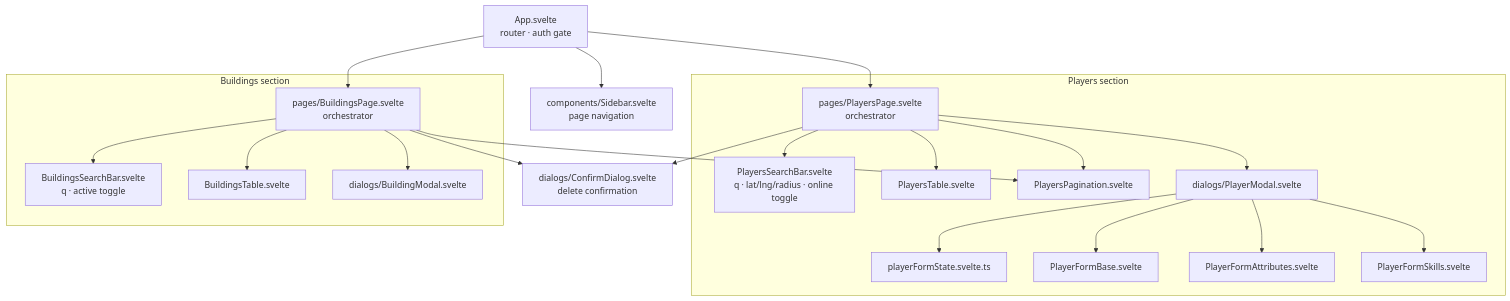
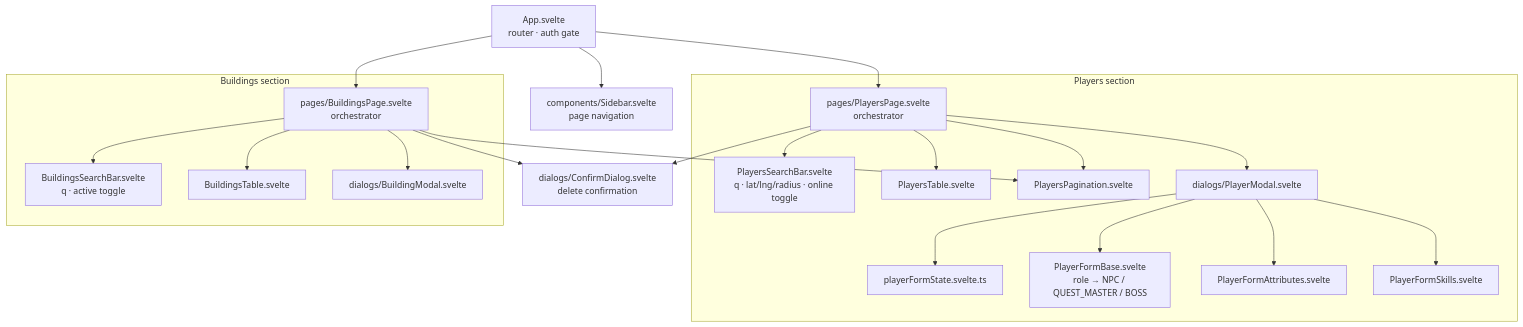
One commit to NeradziukA/hives changed the diagram in docs/admin/admin.md. Above: the diagram before and after it, drawn with Mermaid. The commit also changed other lines of this file, not shown here.

````diff
--- a/docs/admin/admin.md
+++ b/docs/admin/admin.md
@@ -16,31 +16,31 @@
 ```mermaid
 graph TD
     App["App.svelte\nrouter · auth gate"]
     Sidebar["components/Sidebar.svelte\npage navigation"]
 
     subgraph Players["Players section"]
         PlayersPage["pages/PlayersPage.svelte\norchestrator"]
         SearchBar["PlayersSearchBar.svelte\nq · lat/lng/radius · online toggle"]
         PlayersTable["PlayersTable.svelte"]
         Pagination["PlayersPagination.svelte"]
         PlayerModal["dialogs/PlayerModal.svelte"]
         FormState["playerFormState.svelte.ts"]
-        PlayerFormBase["PlayerFormBase.svelte"]
+        PlayerFormBase["PlayerFormBase.svelte\nrole → NPC / QUEST_MASTER / BOSS"]
         PlayerFormAttributes["PlayerFormAttributes.svelte"]
         PlayerFormSkills["PlayerFormSkills.svelte"]
     end
 
     subgraph Buildings["Buildings section"]
         BuildingsPage["pages/BuildingsPage.svelte\norchestrator"]
         BuildingsSearchBar["BuildingsSearchBar.svelte\nq · active toggle"]
         BuildingsTable["BuildingsTable.svelte"]
         BuildingModal["dialogs/BuildingModal.svelte"]
     end
 
     ConfirmDialog["dialogs/ConfirmDialog.svelte\ndelete confirmation"]
 
     App --> Sidebar & PlayersPage & BuildingsPage
     PlayersPage --> SearchBar & PlayersTable & Pagination & PlayerModal & ConfirmDialog
     PlayerModal --> FormState & PlayerFormBase & PlayerFormAttributes & PlayerFormSkills
     BuildingsPage --> BuildingsSearchBar & BuildingsTable & Pagination & BuildingModal & ConfirmDialog
 ```
````
